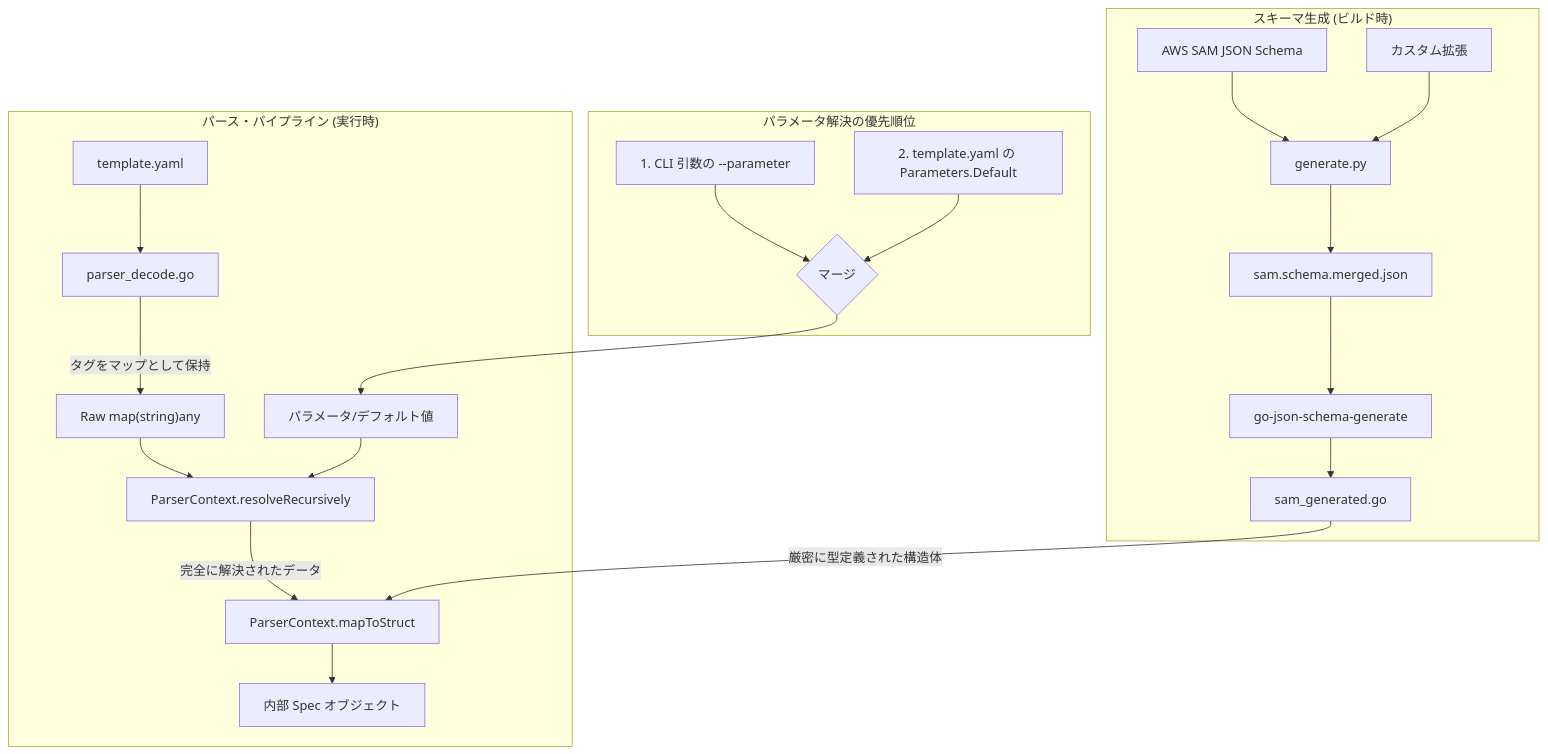
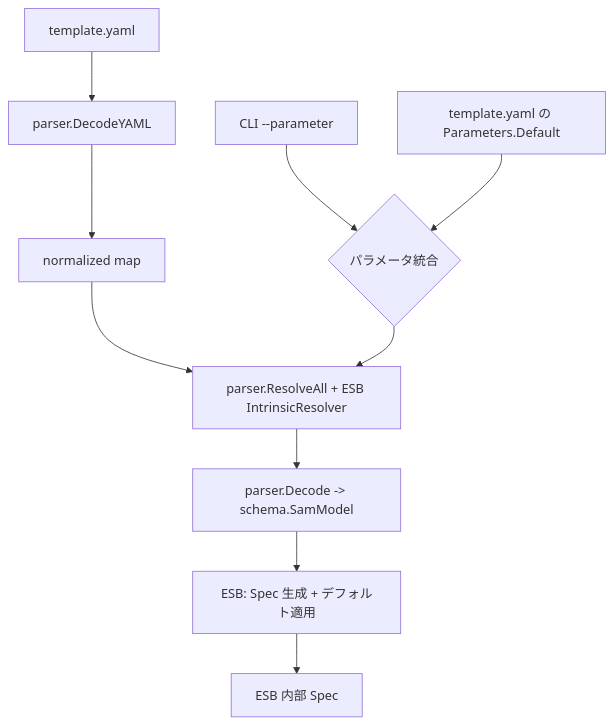
One commit to poruru-code/esb-cli changed the diagram in docs/sam-parsing-architecture.md. Above: the diagram before and after it, drawn with Mermaid. The commit also changed other lines of this file and 21 other files, not shown here.

Commit message:
CLI: SAMパーサー外部化 / CLI: Externalize SAM parser

````diff
--- a/docs/sam-parsing-architecture.md
+++ b/docs/sam-parsing-architecture.md
@@ -16,26 +26,13 @@
 ```mermaid
 graph TD
-    subgraph "スキーマ生成 (ビルド時)"
-        A[AWS SAM JSON Schema] --> B[generate.py]
-        C[カスタム拡張] --> B
-        B --> D[sam.schema.merged.json]
-        D --> E[go-json-schema-generate]
-        E --> F[sam_generated.go]
-    end
+    A[template.yaml] --> B[parser.DecodeYAML]
+    B --> C[normalized map]
+    C --> D[parser.ResolveAll + ESB IntrinsicResolver]
+    D --> E[parser.Decode -> schema.SamModel]
+    E --> F[ESB: Spec 生成 + デフォルト適用]
+    F --> G[ESB 内部 Spec]
 
-    subgraph "パース・パイプライン (実行時)"
-        G[template.yaml] --> H[parser_decode.go]
-        H -- "タグをマップとして保持" --> I["Raw map(string)any"]
-        I --> J[ParserContext.resolveRecursively]
-        K[パラメータ/デフォルト値] --> J
-        J -- "完全に解決されたデータ" --> L[ParserContext.mapToStruct]
-        F -- "厳密に型定義された構造体" --> L
-        L --> M[内部 Spec オブジェクト]
-    end
-
-    subgraph "パラメータ解決の優先順位"
-        P1[1. CLI 引数の --parameter] --> P_MERGE{マージ}
-        P2[2. template.yaml の Parameters.Default] --> P_MERGE
-        P_MERGE --> K
-    end
+    P1[CLI --parameter] --> P_MERGE{パラメータ統合}
+    P2[template.yaml の Parameters.Default] --> P_MERGE
+    P_MERGE --> D
 ```
````
